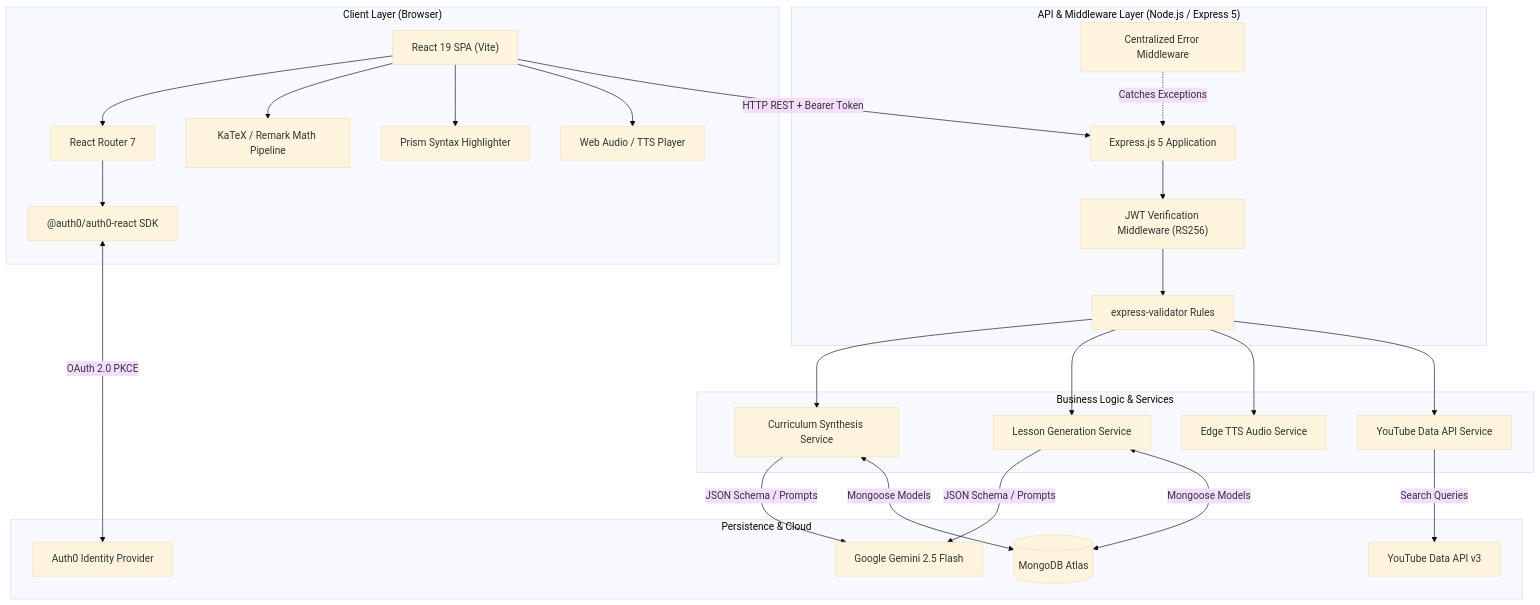
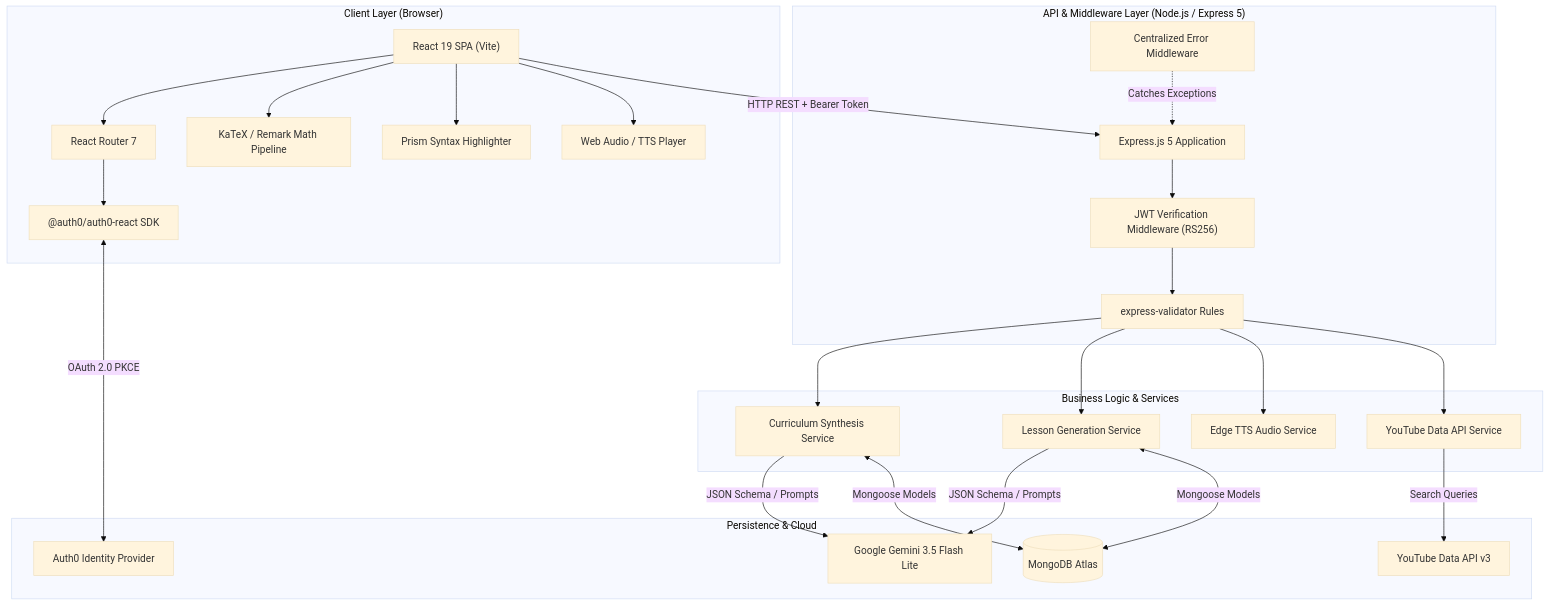
The first of 5 diagrams in docs/ARCHITECTURE.md (someshsinha/Socratic-AI), drawn with Mermaid (base theme) before and after one commit. The commit also changed other lines of this file and 2 other files, not shown here.

````diff
--- a/docs/ARCHITECTURE.md
+++ b/docs/ARCHITECTURE.md
@@ -11,46 +11,46 @@
 ```mermaid
 graph TB
     subgraph ClientLayer ["Client Layer (Browser)"]
         ReactApp["React 19 SPA (Vite)"]
         Router["React Router 7"]
         KaTeX["KaTeX / Remark Math Pipeline"]
         CodeHighlighter["Prism Syntax Highlighter"]
         AudioEngine["Web Audio / TTS Player"]
         Auth0SDK["@auth0/auth0-react SDK"]
     end
 
     subgraph APILayer ["API & Middleware Layer (Node.js / Express 5)"]
         ExpressApp["Express.js 5 Application"]
         AuthGuard["JWT Verification Middleware (RS256)"]
         Validator["express-validator Rules"]
         ErrorHandler["Centralized Error Middleware"]
     end
 
     subgraph ServiceLayer ["Business Logic & Services"]
         CourseService["Curriculum Synthesis Service"]
         LessonService["Lesson Generation Service"]
         TTSService["Edge TTS Audio Service"]
         YouTubeService["YouTube Data API Service"]
     end
 
     subgraph StorageLayer ["Persistence & Cloud"]
         MongoDB[(MongoDB Atlas)]
         Auth0Cloud["Auth0 Identity Provider"]
-        GeminiAPI["Google Gemini 2.5 Flash"]
+        GeminiAPI["Google Gemini 3.5 Flash Lite"]
         YouTubeAPI["YouTube Data API v3"]
     end
 
     ReactApp --> Router
     Router --> Auth0SDK
     Auth0SDK <-->|OAuth 2.0 PKCE| Auth0Cloud
     ReactApp --> KaTeX & CodeHighlighter & AudioEngine
 
     ReactApp -->|HTTP REST + Bearer Token| ExpressApp
     ExpressApp --> AuthGuard --> Validator
     Validator --> CourseService & LessonService & TTSService & YouTubeService
     ErrorHandler -.->|Catches Exceptions| ExpressApp
 
     CourseService & LessonService -->|JSON Schema / Prompts| GeminiAPI
     YouTubeService -->|Search Queries| YouTubeAPI
     CourseService & LessonService <-->|Mongoose Models| MongoDB
 ```
````
